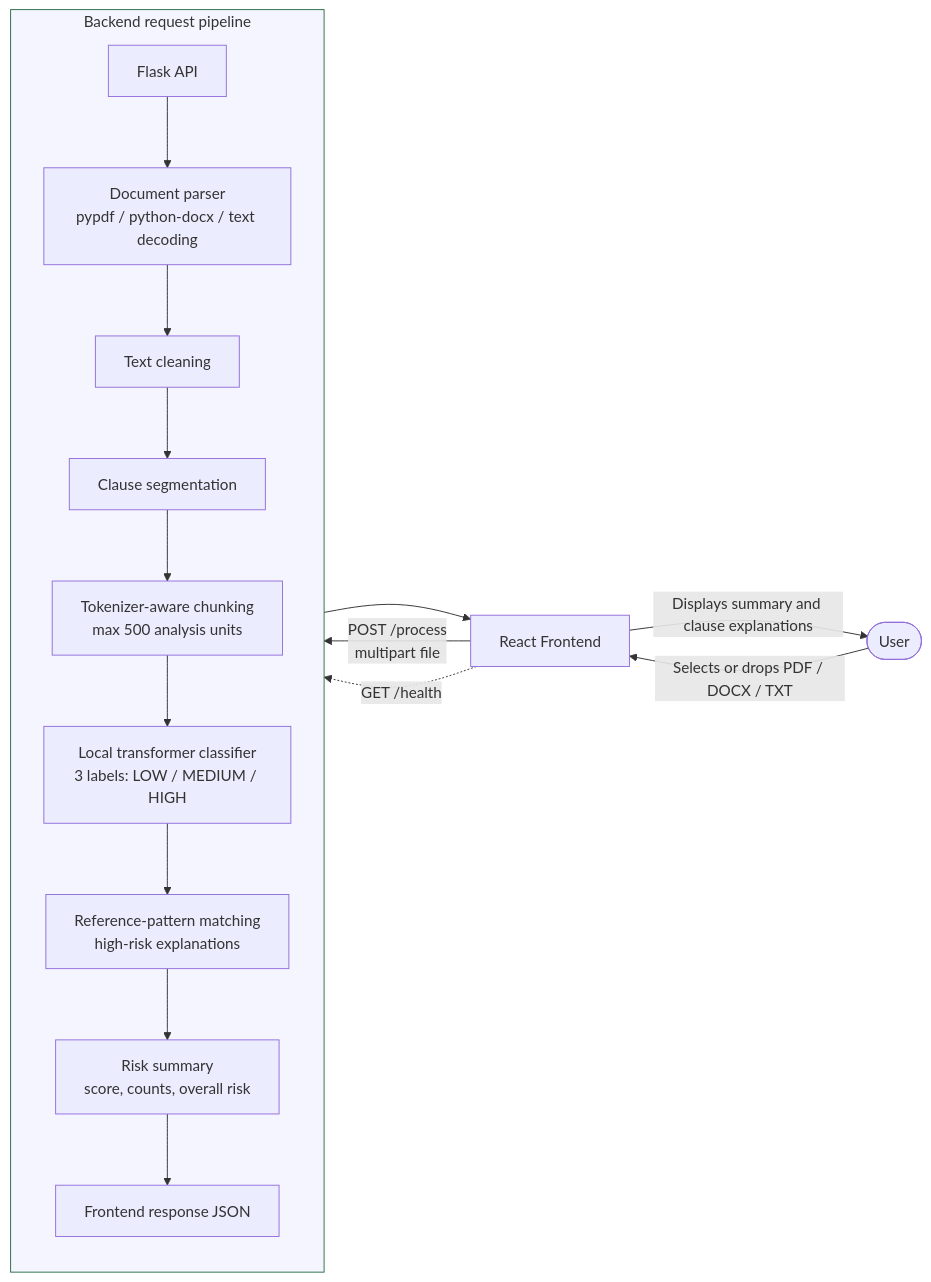
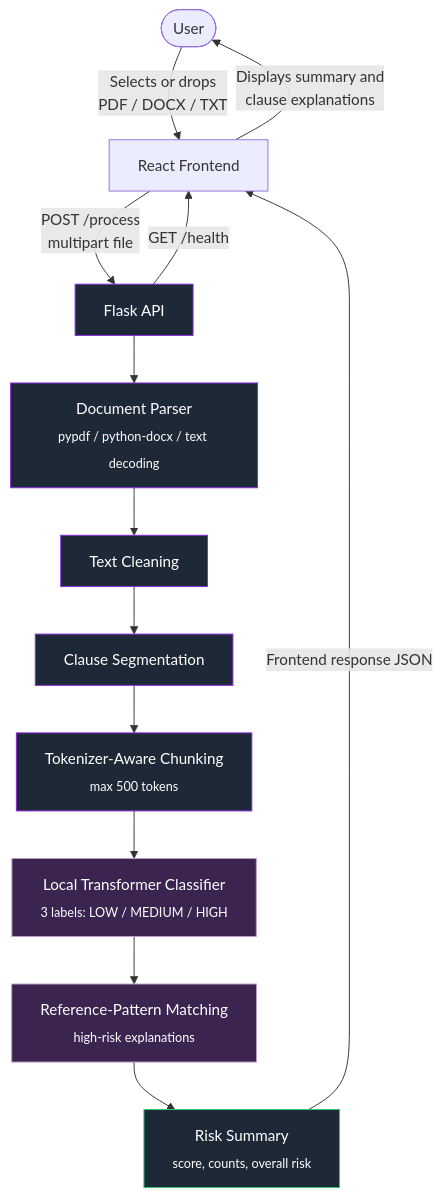
Before and after one commit to Luqman2025/SaralDocs: the diagram in README.md, drawn with Mermaid. The commit also changed other lines of this file, not shown here.

Commit message:
updated Architecture

````diff
--- a/README.md
+++ b/README.md
@@ -39,23 +39,25 @@
 ```mermaid
-flowchart LR
-    U([User]) -->|Selects or drops PDF / DOCX / TXT| FE[React Frontend]
-    FE -->|POST /process<br/>multipart file| API[Flask API]
-
-    subgraph Backend["Backend request pipeline"]
-        direction TB
-        API --> PARSE[Document parser<br/>pypdf / python-docx / text decoding]
-        PARSE --> CLEAN[Text cleaning]
-        CLEAN --> SEG[Clause segmentation]
-        SEG --> CHUNK[Tokenizer-aware chunking<br/>max 500 analysis units]
-        CHUNK --> MODEL[Local transformer classifier<br/>3 labels: LOW / MEDIUM / HIGH]
-        MODEL --> REASON[Reference-pattern matching<br/>high-risk explanations]
-        REASON --> AGG[Risk summary<br/>score, counts, overall risk]
-        AGG --> RESPONSE[Frontend response JSON]
-    end
-
-    RESPONSE --> FE
-    FE -->|Displays summary and clause explanations| U
-    FE -.->|GET /health| API
-
-    style Backend fill:#f5f5ff,stroke:#2b6f44,stroke-width:1px
+flowchart TD
+    U([User]) -->|"Selects or drops<br/>PDF / DOCX / TXT"| FE[React Frontend]
+    FE -->|"POST /process<br/>multipart file"| API[Flask API]
+    API -->|"GET /health"| FE
+ 
+    API --> PARSE["Document Parser<br/><sub>pypdf / python-docx / text decoding</sub>"]
+    PARSE --> CLEAN[Text Cleaning]
+    CLEAN --> SEG[Clause Segmentation]
+    SEG --> CHUNK["Tokenizer-Aware Chunking<br/><sub>max 500 tokens</sub>"]
+    CHUNK --> MODEL["Local Transformer Classifier<br/><sub>3 labels: LOW / MEDIUM / HIGH</sub>"]
+    MODEL --> REF["Reference-Pattern Matching<br/><sub>high-risk explanations</sub>"]
+    REF --> SUMMARY["Risk Summary<br/><sub>score, counts, overall risk</sub>"]
+    SUMMARY -->|"Frontend response JSON"| FE
+    FE -->|"Displays summary and<br/>clause explanations"| U
+ 
+    style API fill:#1e2937,stroke:#8A2BE2,color:#fff
+    style PARSE fill:#1e2937,stroke:#8A2BE2,color:#fff
+    style CLEAN fill:#1e2937,stroke:#8A2BE2,color:#fff
+    style SEG fill:#1e2937,stroke:#8A2BE2,color:#fff
+    style CHUNK fill:#1e2937,stroke:#8A2BE2,color:#fff
+    style MODEL fill:#3b2450,stroke:#c39bd3,color:#fff
+    style REF fill:#3b2450,stroke:#c39bd3,color:#fff
+    style SUMMARY fill:#1e2937,stroke:#2ecc71,color:#fff
 ```
````
